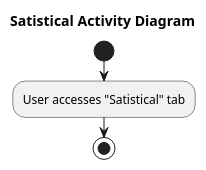
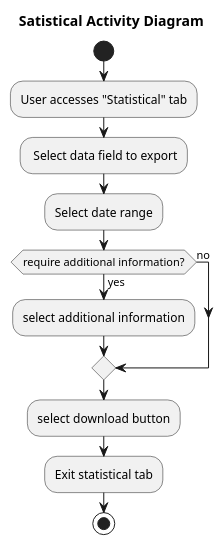
One commit to KaLord2231/SE357-Pratice-class changed the diagram in Lab1.2/Activity_Diagram/Satistical.plantuml. Above: the diagram before and after it, drawn with PlantUML. The commit also changed 12 other files, not shown here.

Commit message:
Update diagram

```diff
--- a/Lab1.2/Activity_Diagram/Satistical.plantuml
+++ b/Lab1.2/Activity_Diagram/Satistical.plantuml
@@ -1,7 +1,15 @@
 @startuml
 title Satistical Activity Diagram
 start
-:User accesses "Satistical" tab;
- 
+:User accesses "Statistical" tab;
+: Select data field to export;
+:Select date range;
+if(require additional information?) then (yes)
+:select additional information;
+else (no)
+endif
+:select download button;
+:Exit statistical tab;
+
 stop
 @enduml
```
